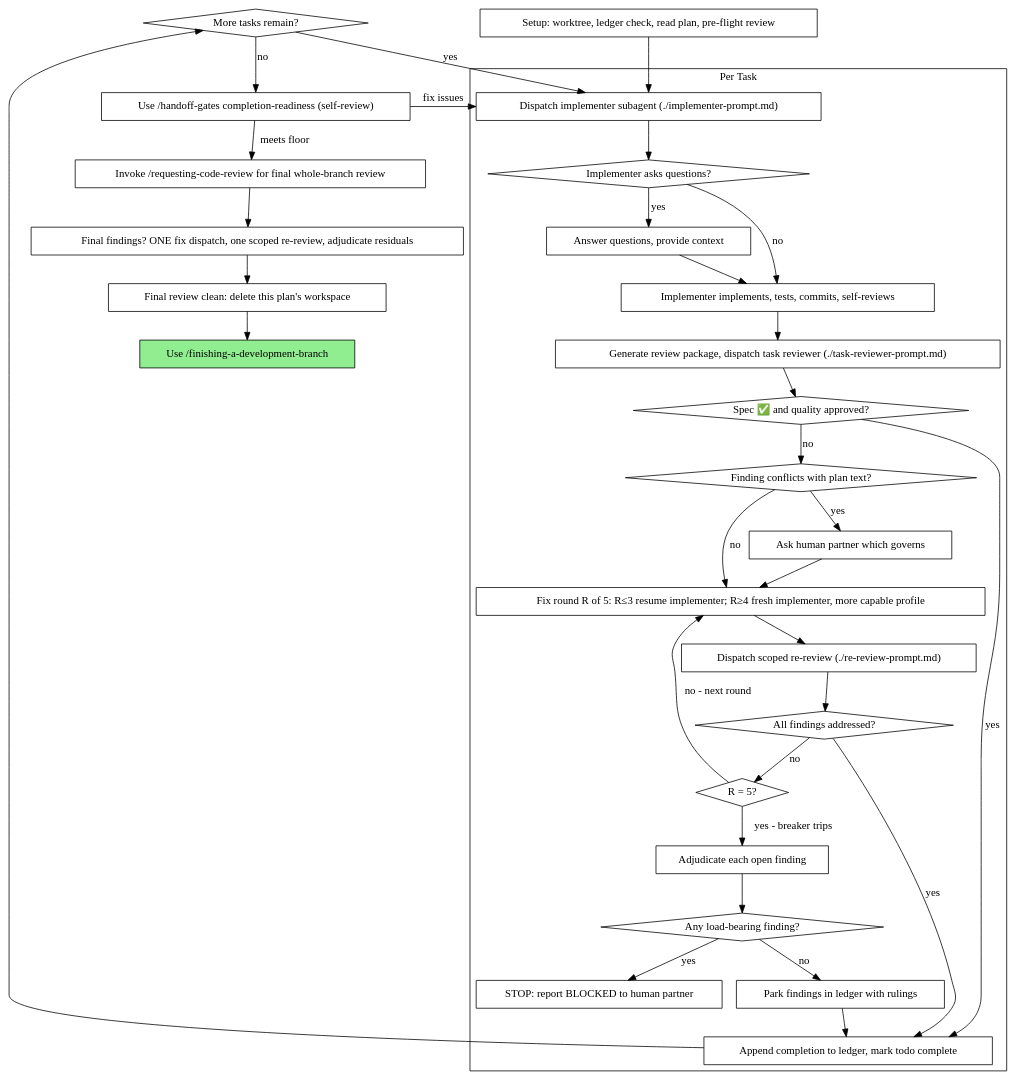
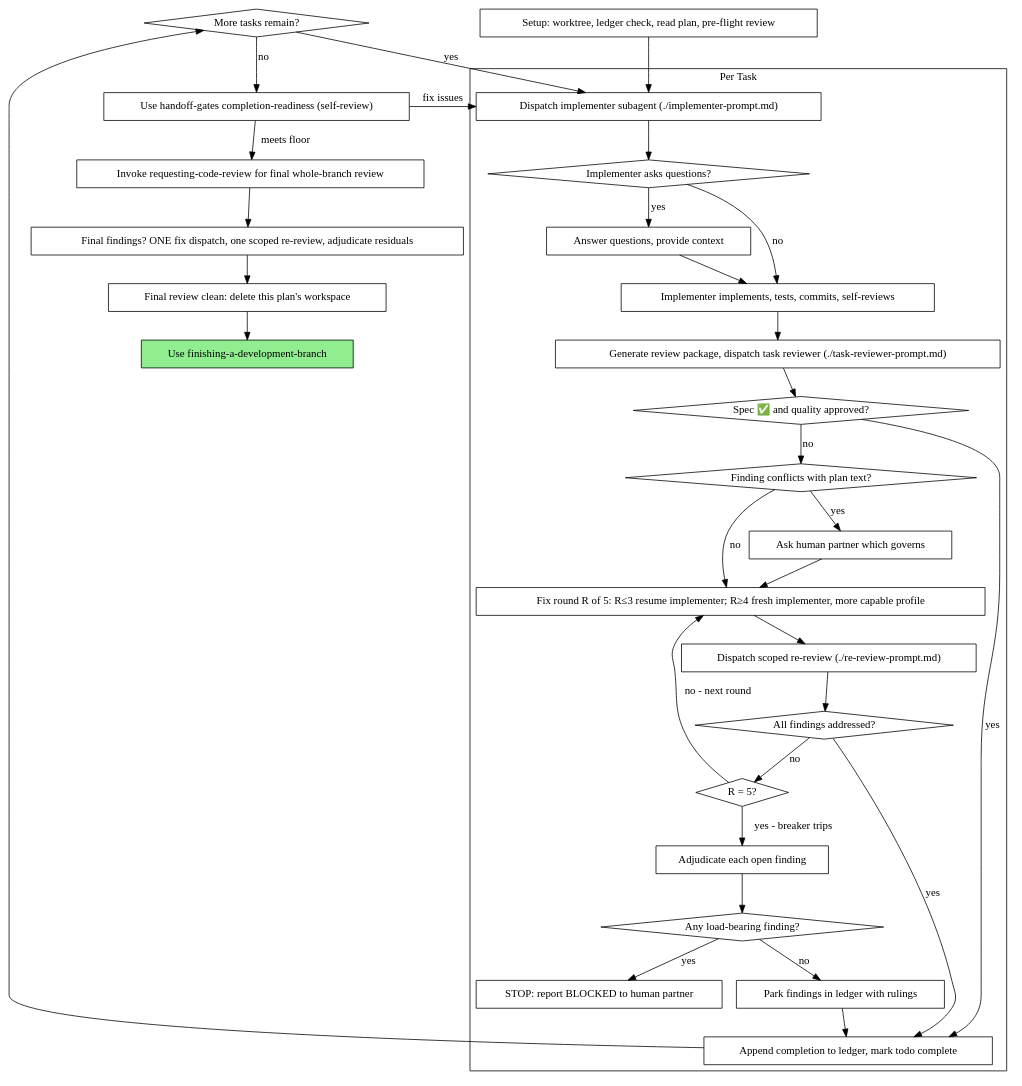
One commit to HarleyBartles/agent-asset-marketplace changed the second of 2 diagrams in .agents/skills/subagent-driven-development/SKILL.md. Above: the diagram before and after it, drawn with Graphviz. The commit also changed other lines of this file and 72 other files, not shown here.

````diff
--- a/.agents/skills/subagent-driven-development/SKILL.md
+++ b/.agents/skills/subagent-driven-development/SKILL.md
@@ -77,65 +77,65 @@
 ```dot
 digraph process {
     rankdir=TB;
 
     subgraph cluster_per_task {
         label="Per Task";
         "Dispatch implementer subagent (./implementer-prompt.md)" [shape=box];
         "Implementer asks questions?" [shape=diamond];
         "Answer questions, provide context" [shape=box];
         "Implementer implements, tests, commits, self-reviews" [shape=box];
         "Generate review package, dispatch task reviewer (./task-reviewer-prompt.md)" [shape=box];
         "Spec ✅ and quality approved?" [shape=diamond];
         "Finding conflicts with plan text?" [shape=diamond];
         "Ask human partner which governs" [shape=box];
         "Fix round R of 5: R≤3 resume implementer; R≥4 fresh implementer, more capable profile" [shape=box];
         "Dispatch scoped re-review (./re-review-prompt.md)" [shape=box];
         "All findings addressed?" [shape=diamond];
         "R = 5?" [shape=diamond];
         "Adjudicate each open finding" [shape=box];
         "Any load-bearing finding?" [shape=diamond];
         "STOP: report BLOCKED to human partner" [shape=box];
         "Park findings in ledger with rulings" [shape=box];
         "Append completion to ledger, mark todo complete" [shape=box];
     }
 
     "Setup: worktree, ledger check, read plan, pre-flight review" [shape=box];
     "More tasks remain?" [shape=diamond];
-    "Use /handoff-gates completion-readiness (self-review)" [shape=box];
-    "Invoke /requesting-code-review for final whole-branch review" [shape=box];
+    "Use handoff-gates completion-readiness (self-review)" [shape=box];
+    "Invoke requesting-code-review for final whole-branch review" [shape=box];
     "Final findings? ONE fix dispatch, one scoped re-review, adjudicate residuals" [shape=box];
     "Final review clean: delete this plan's workspace" [shape=box];
-    "Use /finishing-a-development-branch" [shape=box style=filled fillcolor=lightgreen];
+    "Use finishing-a-development-branch" [shape=box style=filled fillcolor=lightgreen];
 
     "Setup: worktree, ledger check, read plan, pre-flight review" -> "Dispatch implementer subagent (./implementer-prompt.md)";
     "Dispatch implementer subagent (./implementer-prompt.md)" -> "Implementer asks questions?";
     "Implementer asks questions?" -> "Answer questions, provide context" [label="yes"];
     "Answer questions, provide context" -> "Implementer implements, tests, commits, self-reviews";
     "Implementer asks questions?" -> "Implementer implements, tests, commits, self-reviews" [label="no"];
     "Implementer implements, tests, commits, self-reviews" -> "Generate review package, dispatch task reviewer (./task-reviewer-prompt.md)";
     "Generate review package, dispatch task reviewer (./task-reviewer-prompt.md)" -> "Spec ✅ and quality approved?";
     "Spec ✅ and quality approved?" -> "Append completion to ledger, mark todo complete" [label="yes"];
     "Spec ✅ and quality approved?" -> "Finding conflicts with plan text?" [label="no"];
     "Finding conflicts with plan text?" -> "Ask human partner which governs" [label="yes"];
     "Ask human partner which governs" -> "Fix round R of 5: R≤3 resume implementer; R≥4 fresh implementer, more capable profile";
     "Finding conflicts with plan text?" -> "Fix round R of 5: R≤3 resume implementer; R≥4 fresh implementer, more capable profile" [label="no"];
     "Fix round R of 5: R≤3 resume implementer; R≥4 fresh implementer, more capable profile" -> "Dispatch scoped re-review (./re-review-prompt.md)";
     "Dispatch scoped re-review (./re-review-prompt.md)" -> "All findings addressed?";
     "All findings addressed?" -> "Append completion to ledger, mark todo complete" [label="yes"];
     "All findings addressed?" -> "R = 5?" [label="no"];
     "R = 5?" -> "Fix round R of 5: R≤3 resume implementer; R≥4 fresh implementer, more capable profile" [label="no - next round"];
     "R = 5?" -> "Adjudicate each open finding" [label="yes - breaker trips"];
     "Adjudicate each open finding" -> "Any load-bearing finding?";
     "Any load-bearing finding?" -> "STOP: report BLOCKED to human partner" [label="yes"];
     "Any load-bearing finding?" -> "Park findings in ledger with rulings" [label="no"];
     "Park findings in ledger with rulings" -> "Append completion to ledger, mark todo complete";
     "Append completion to ledger, mark todo complete" -> "More tasks remain?";
     "More tasks remain?" -> "Dispatch implementer subagent (./implementer-prompt.md)" [label="yes"];
-    "More tasks remain?" -> "Use /handoff-gates completion-readiness (self-review)" [label="no"];
-    "Use /handoff-gates completion-readiness (self-review)" -> "Invoke /requesting-code-review for final whole-branch review" [label="meets floor"];
-    "Use /handoff-gates completion-readiness (self-review)" -> "Dispatch implementer subagent (./implementer-prompt.md)" [label="fix issues"];
-    "Invoke /requesting-code-review for final whole-branch review" -> "Final findings? ONE fix dispatch, one scoped re-review, adjudicate residuals";
+    "More tasks remain?" -> "Use handoff-gates completion-readiness (self-review)" [label="no"];
+    "Use handoff-gates completion-readiness (self-review)" -> "Invoke requesting-code-review for final whole-branch review" [label="meets floor"];
+    "Use handoff-gates completion-readiness (self-review)" -> "Dispatch implementer subagent (./implementer-prompt.md)" [label="fix issues"];
+    "Invoke requesting-code-review for final whole-branch review" -> "Final findings? ONE fix dispatch, one scoped re-review, adjudicate residuals";
     "Final findings? ONE fix dispatch, one scoped re-review, adjudicate residuals" -> "Final review clean: delete this plan's workspace";
-    "Final review clean: delete this plan's workspace" -> "Use /finishing-a-development-branch";
+    "Final review clean: delete this plan's workspace" -> "Use finishing-a-development-branch";
 }
 ```
````
